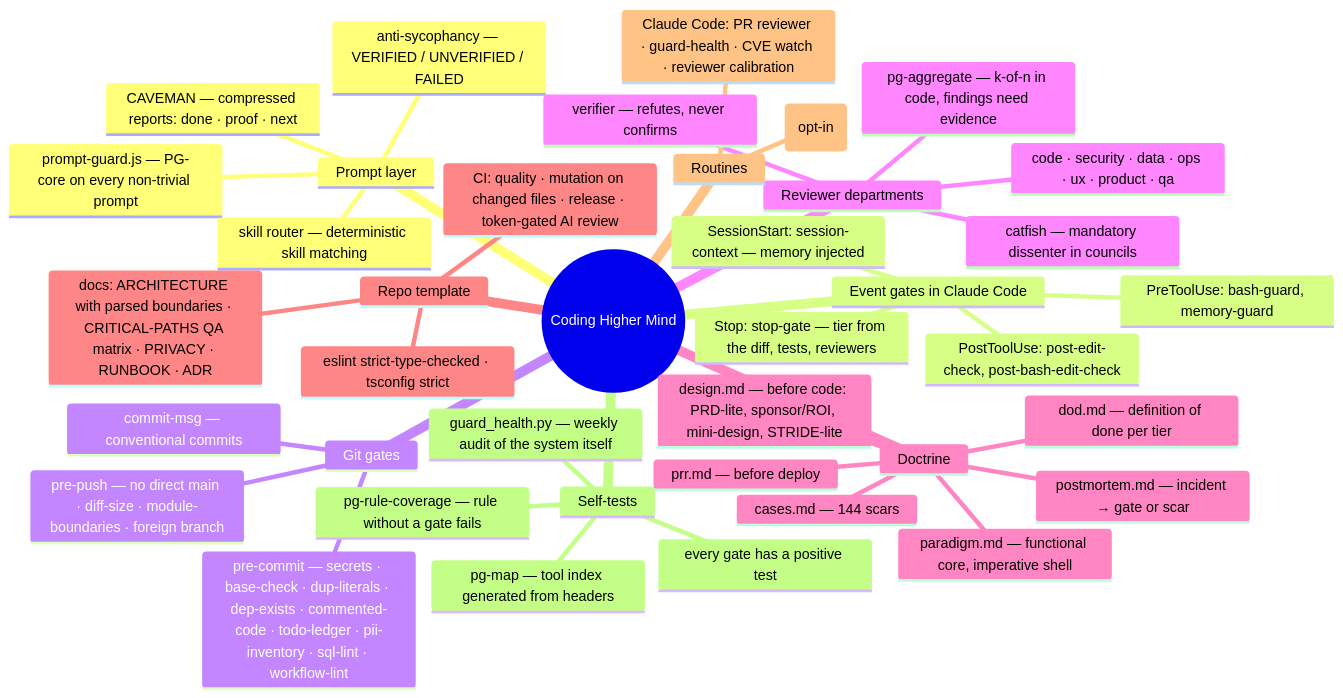
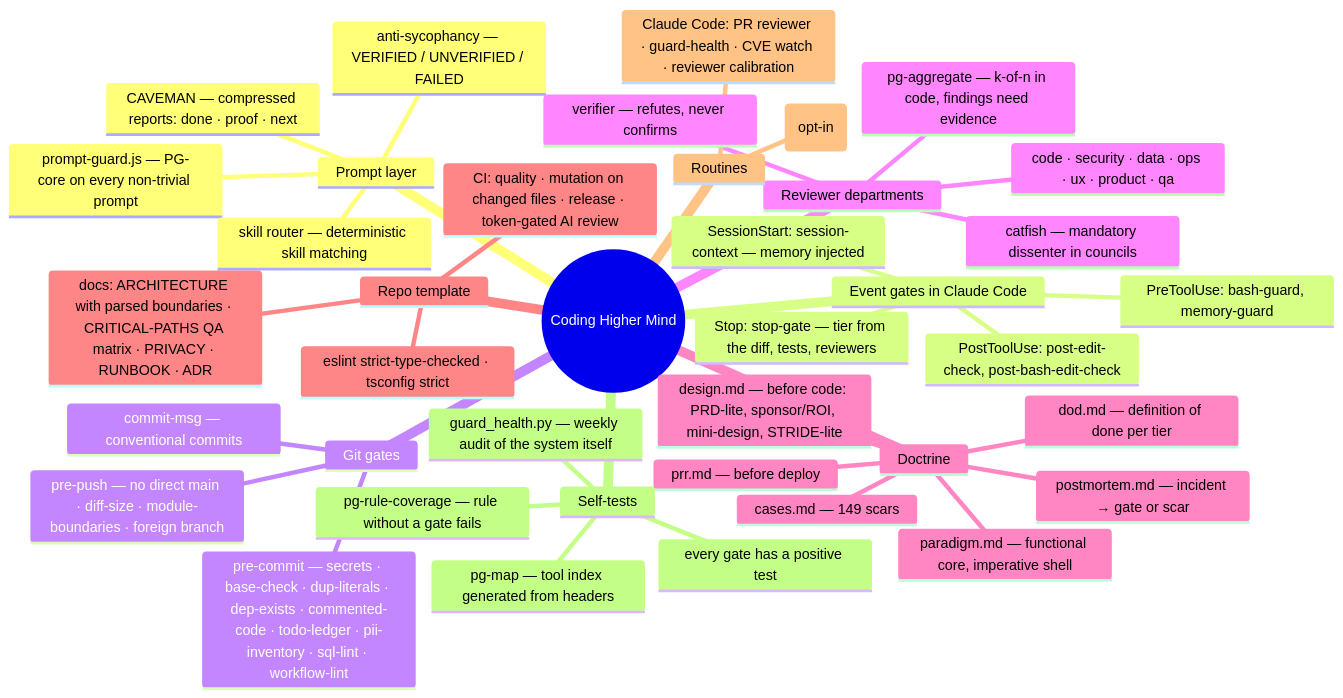
Before and after one commit to kamiljan11/coding-higher-mind: the first of 4 diagrams in docs/ARCHITECTURE.md, drawn with Mermaid. The commit also changed other lines of this file and 4 other files, not shown here.

````diff
--- a/docs/ARCHITECTURE.md
+++ b/docs/ARCHITECTURE.md
@@ -8,42 +8,42 @@
 ```mermaid
 mindmap
   root((Coding Higher Mind))
     Prompt layer
       prompt-guard.js — PG-core on every non-trivial prompt
       CAVEMAN — compressed reports: done · proof · next
       anti-sycophancy — VERIFIED / UNVERIFIED / FAILED
       skill router — deterministic skill matching
     Event gates in Claude Code
       PreToolUse: bash-guard, memory-guard
       PostToolUse: post-edit-check, post-bash-edit-check
       Stop: stop-gate — tier from the diff, tests, reviewers
       SessionStart: session-context — memory injected
     Git gates
       commit-msg — conventional commits
       pre-commit — secrets · base-check · dup-literals · dep-exists · commented-code · todo-ledger · pii-inventory · sql-lint · workflow-lint
       pre-push — no direct main · diff-size · module-boundaries · foreign branch
     Reviewer departments
       code · security · data · ops · ux · product · qa
       verifier — refutes, never confirms
       catfish — mandatory dissenter in councils
       pg-aggregate — k-of-n in code, findings need evidence
     Doctrine
       design.md — before code: PRD-lite, sponsor/ROI, mini-design, STRIDE-lite
       dod.md — definition of done per tier
       prr.md — before deploy
       postmortem.md — incident → gate or scar
       paradigm.md — functional core, imperative shell
-      cases.md — 144 scars
+      cases.md — 149 scars
     Repo template
       CI: quality · mutation on changed files · release · token-gated AI review
       docs: ARCHITECTURE with parsed boundaries · CRITICAL-PATHS QA matrix · PRIVACY · RUNBOOK · ADR
       eslint strict-type-checked · tsconfig strict
     Routines
       Claude Code: PR reviewer · guard-health · CVE watch · reviewer calibration
       Cowork: watchdog · backup+restore · sessions→memory · weekly report · self-evolution (opt-in)
     Self-tests
       every gate has a positive test
       pg-rule-coverage — rule without a gate fails
       pg-map — tool index generated from headers
       guard_health.py — weekly audit of the system itself
 ```
````
